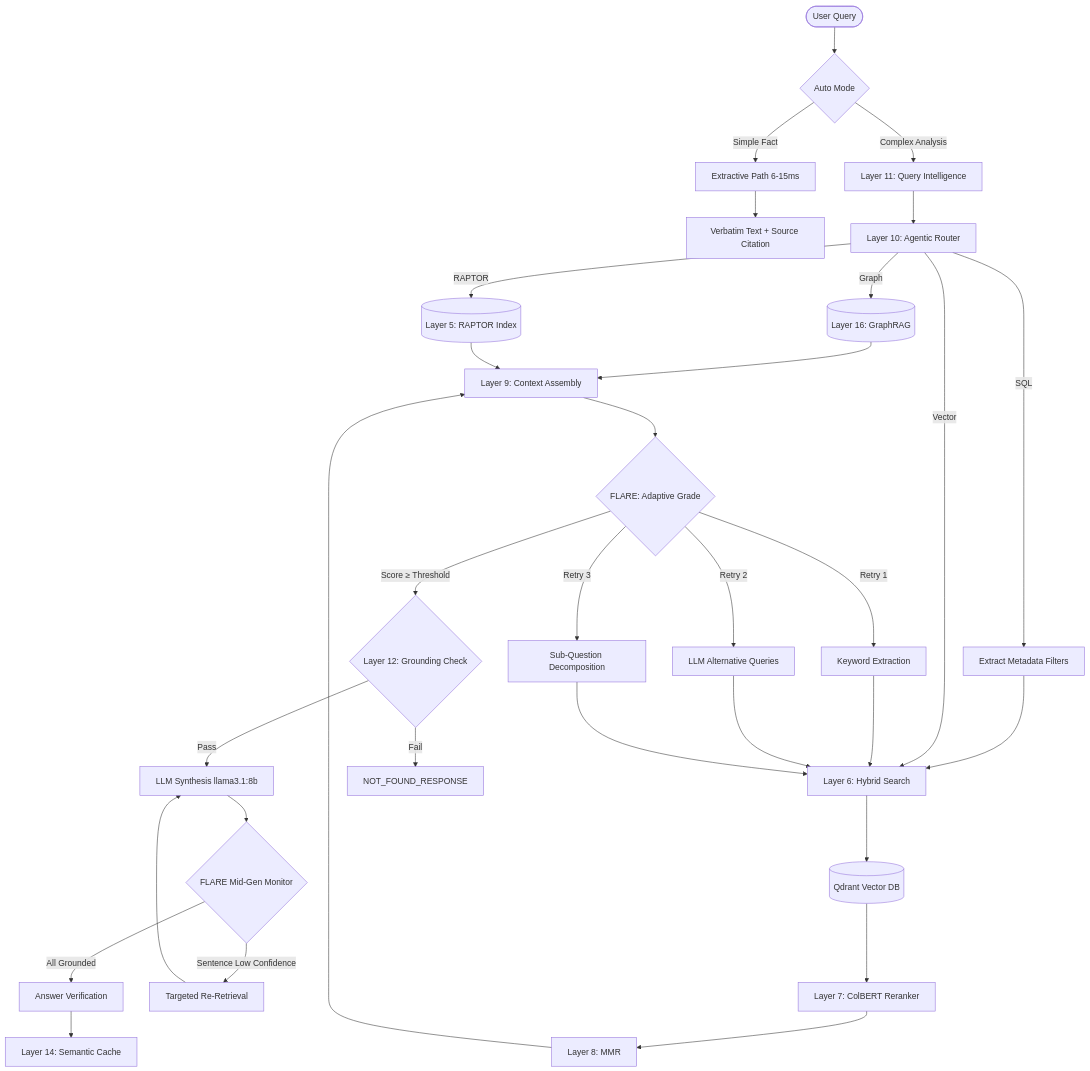
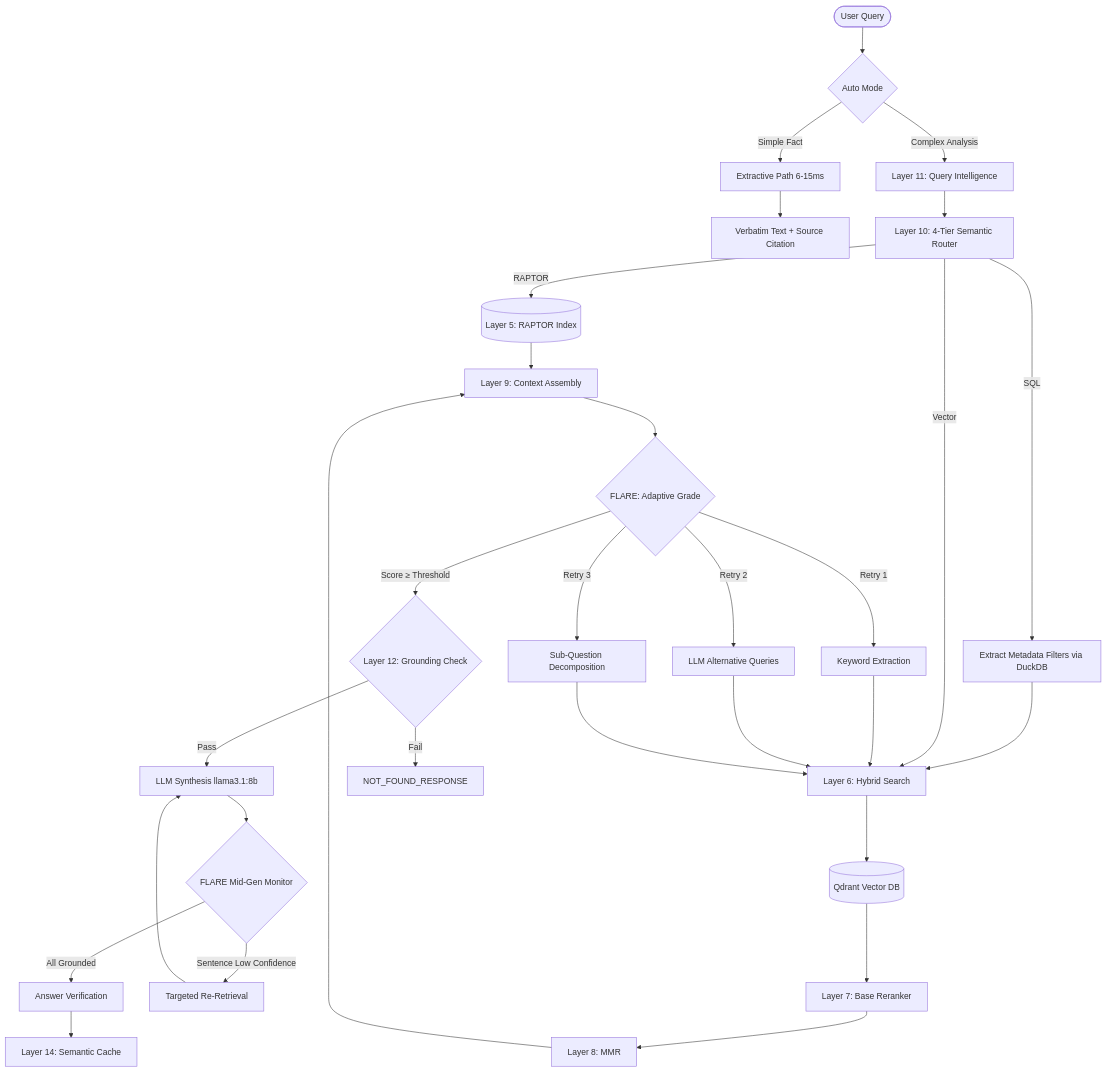
The diagram in README.md (varunsrivastav1999/Retrieval-Augmented-Generation--RAG-), drawn with Mermaid before and after one commit. The commit also changed other lines of this file, not shown here.

Commit message:
docs: Update README.md to reflect the new 10GB VRAM architecture and model updates

````diff
--- a/README.md
+++ b/README.md
@@ -55,42 +51,39 @@
 ```mermaid
 graph TD
     User([User Query]) --> Auto{Auto Mode}
     Auto -- Simple Fact --> Ext[Extractive Path 6-15ms]
     Auto -- Complex Analysis --> QIntel[Layer 11: Query Intelligence]
     Ext --> Verbatim[Verbatim Text + Source Citation]
 
-    QIntel --> Router[Layer 10: Agentic Router]
-    
-    Router -- Graph --> Neo4j[(Layer 16: GraphRAG)]
-    Neo4j --> ContextAssemble[Layer 9: Context Assembly]
+    QIntel --> Router[Layer 10: 4-Tier Semantic Router]
     
     Router -- RAPTOR --> RaptorDB[(Layer 5: RAPTOR Index)]
-    RaptorDB --> ContextAssemble
+    RaptorDB --> ContextAssemble[Layer 9: Context Assembly]
     
-    Router -- SQL --> ExtMeta[Extract Metadata Filters]
+    Router -- SQL --> ExtMeta[Extract Metadata Filters via DuckDB]
     ExtMeta --> Hybrid[Layer 6: Hybrid Search]
     
     Router -- Vector --> Hybrid
     Hybrid --> Qdrant[(Qdrant Vector DB)]
-    Qdrant --> Reranker[Layer 7: ColBERT Reranker]
+    Qdrant --> Reranker[Layer 7: Base Reranker]
     Reranker --> MMR[Layer 8: MMR]
     MMR --> ContextAssemble
     
     ContextAssemble --> FLARE{FLARE: Adaptive Grade}
     FLARE -- Score ≥ Threshold --> Grounding{Layer 12: Grounding Check}
     FLARE -- Retry 1 --> Rewrite1[Keyword Extraction]
     FLARE -- Retry 2 --> Rewrite2[LLM Alternative Queries]
     FLARE -- Retry 3 --> Rewrite3[Sub-Question Decomposition]
     Rewrite1 --> Hybrid
     Rewrite2 --> Hybrid
     Rewrite3 --> Hybrid
     
     Grounding -- Pass --> LLM[LLM Synthesis llama3.1:8b]
     Grounding -- Fail --> HALT[NOT_FOUND_RESPONSE]
     
     LLM --> FLARE_Mid{FLARE Mid-Gen Monitor}
     FLARE_Mid -- Sentence Low Confidence --> TargetedRet[Targeted Re-Retrieval]
     TargetedRet --> LLM
     FLARE_Mid -- All Grounded --> Verify[Answer Verification]
     Verify --> Cache[Layer 14: Semantic Cache]
 ```
````
